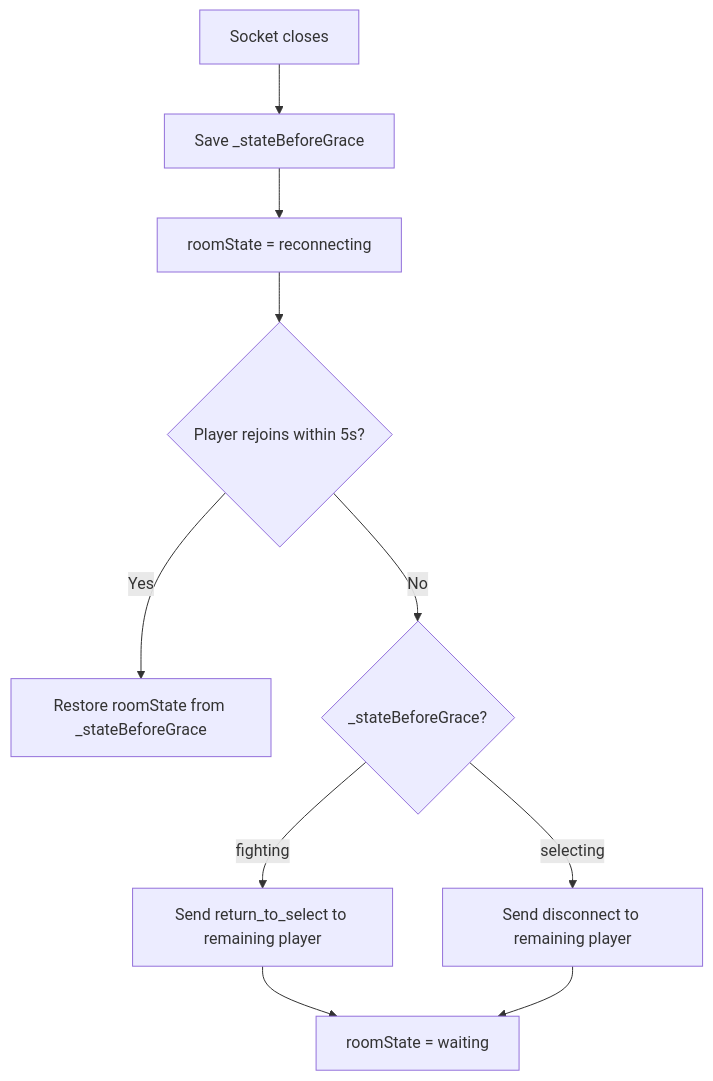
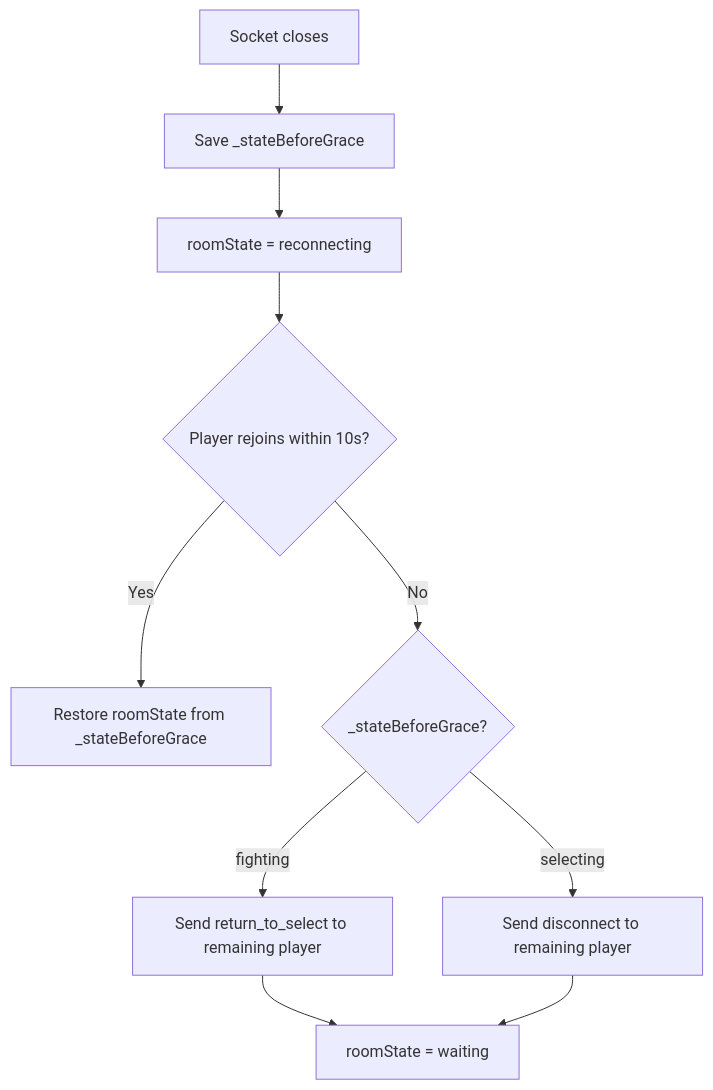
The second of 2 diagrams in docs/room-state-machine.md (simon0191/a-los-traques), drawn with Mermaid before and after one commit. The commit also changed other lines of this file and 6 other files, not shown here.

````diff
--- a/docs/room-state-machine.md
+++ b/docs/room-state-machine.md
@@ -34,12 +34,12 @@
 ```mermaid
 flowchart TD
     A[Socket closes] --> B[Save _stateBeforeGrace]
     B --> C[roomState = reconnecting]
-    C --> D{Player rejoins within 5s?}
+    C --> D{Player rejoins within 10s?}
     D -- Yes --> E[Restore roomState from _stateBeforeGrace]
     D -- No --> F{_stateBeforeGrace?}
     F -- fighting --> G["Send return_to_select to remaining player"]
     F -- selecting --> H["Send disconnect to remaining player"]
     G --> I[roomState = waiting]
     H --> I
 ```
````
